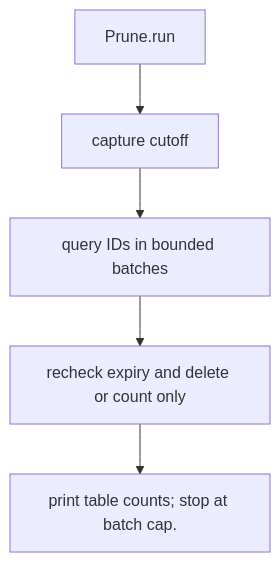
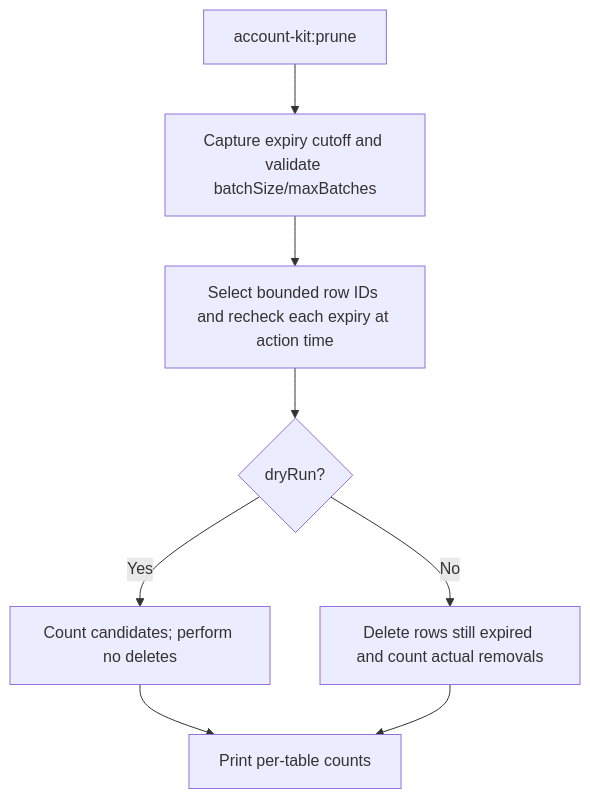
Before and after one commit to Kevinjohn/oss-adonisjs-account-kit: the second of 2 diagrams in user-stories/US-ACCOUNT-33-prune-expired-records.md, drawn with Mermaid. The commit also changed other lines of this file and 29 other files, not shown here.

````diff
--- a/user-stories/US-ACCOUNT-33-prune-expired-records.md
+++ b/user-stories/US-ACCOUNT-33-prune-expired-records.md
@@ -33,12 +34,10 @@
 ```mermaid
 flowchart TD
-    C0["Prune.run"]
-    C1["capture cutoff"]
-    C0 --> C1
-    C2["query IDs in bounded batches"]
-    C1 --> C2
-    C3["recheck expiry and delete or count only"]
-    C2 --> C3
-    C4["print table counts; stop at batch cap."]
-    C3 --> C4
+ A["account-kit:prune"] --> B["Capture expiry cutoff and validate batchSize/maxBatches"]
+ B --> C["Select bounded row IDs and recheck each expiry at action time"]
+ C --> D{"dryRun?"}
+ D -->|Yes| E["Count candidates; perform no deletes"]
+ D -->|No| F["Delete rows still expired and count actual removals"]
+ E --> G["Print per-table counts"]
+ F --> G
 ```
````
